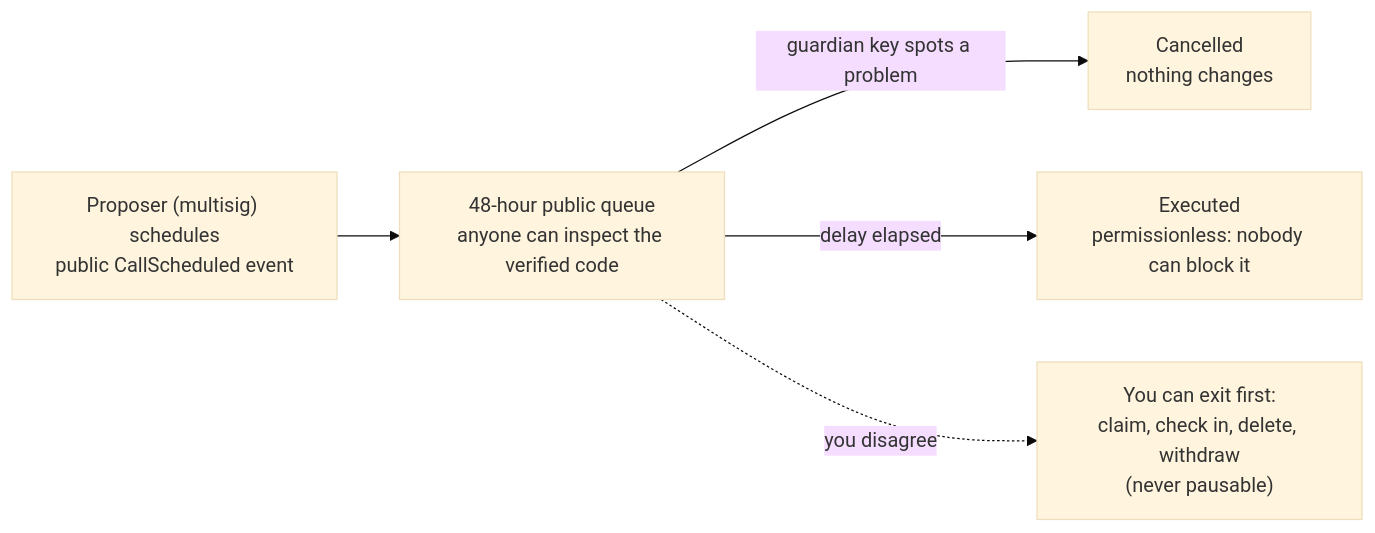
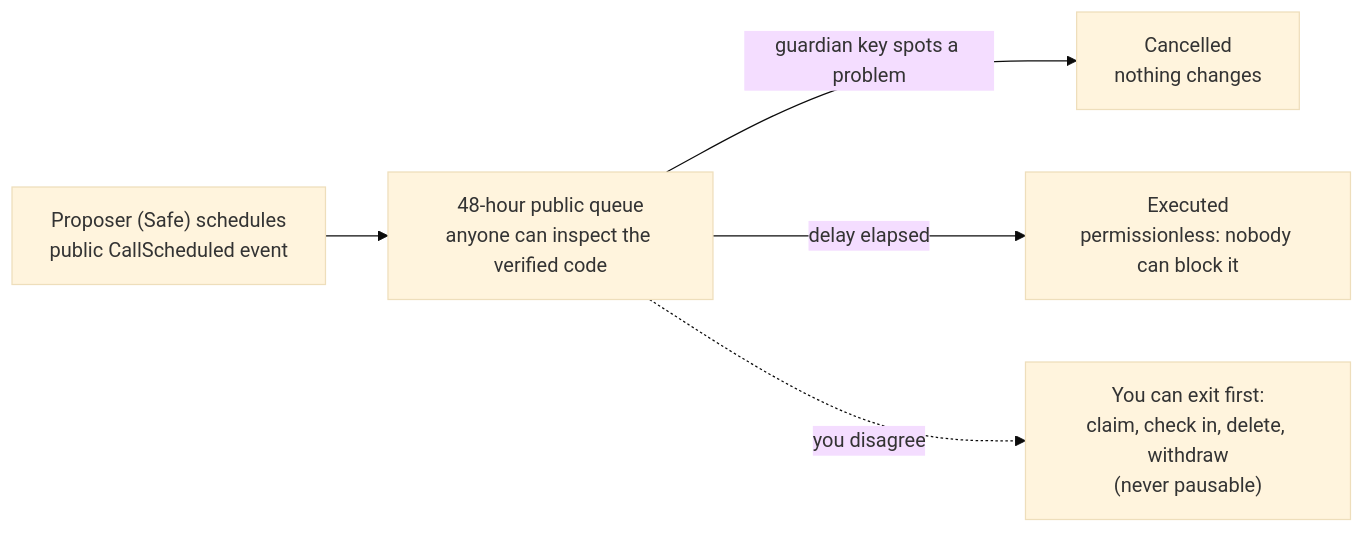
Before and after one commit to 10102-io/computing-docs: the diagram in architecture/upgrade-policy.md, drawn with Mermaid (base theme). The commit also changed other lines of this file and 48 other files, not shown here.

````diff
--- a/architecture/upgrade-policy.md
+++ b/architecture/upgrade-policy.md
@@ -44,7 +48,7 @@
 ```mermaid
 flowchart LR
-    A["Proposer (multisig) schedules<br/>public CallScheduled event"] --> B["48-hour public queue<br/>anyone can inspect the verified code"]
+    A["Proposer (Safe) schedules<br/>public CallScheduled event"] --> B["48-hour public queue<br/>anyone can inspect the verified code"]
     B -->|"guardian key spots a problem"| C["Cancelled<br/>nothing changes"]
     B -->|"delay elapsed"| D["Executed<br/>permissionless: nobody can block it"]
     B -.->|"you disagree"| E["You can exit first:<br/>claim, check in, delete, withdraw<br/>(never pausable)"]
 ```
````
